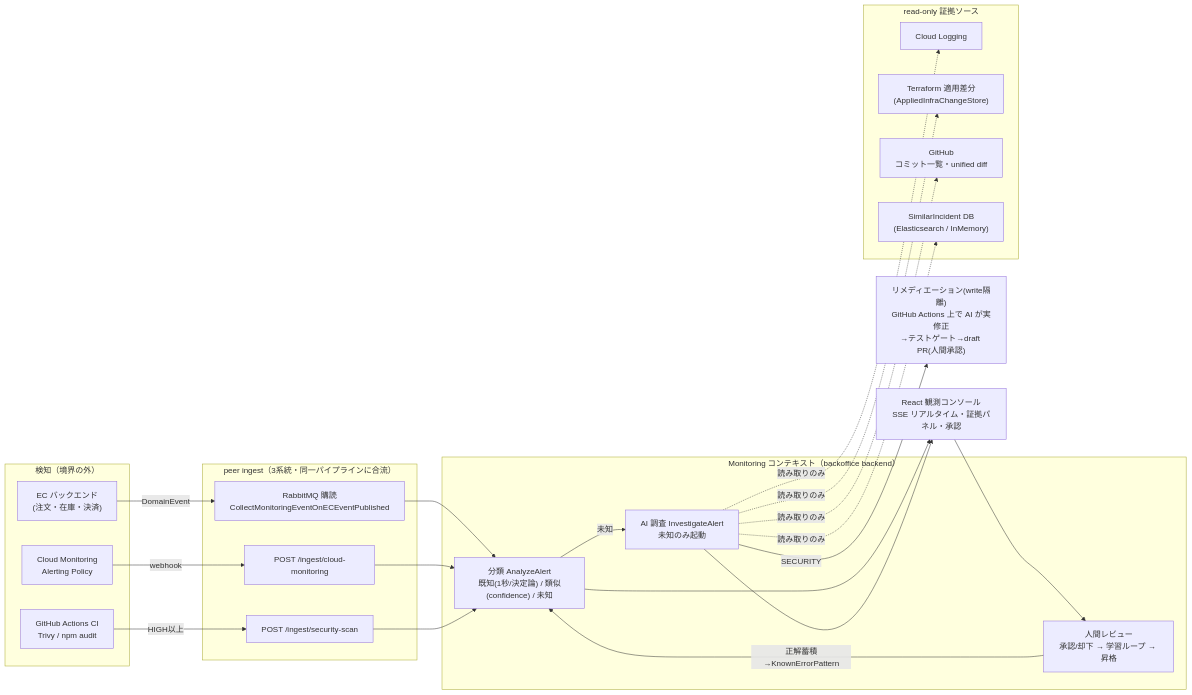
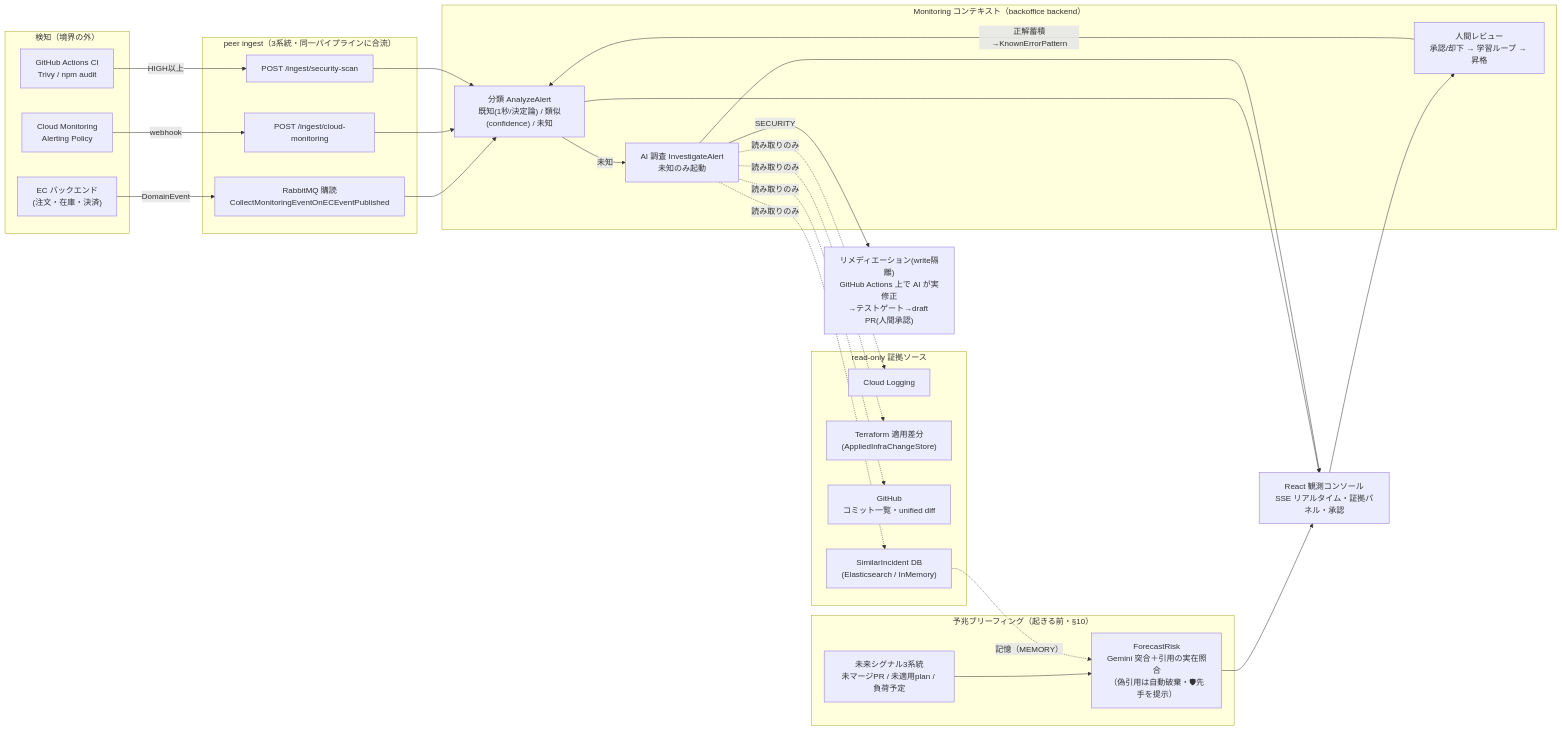
The first of 5 diagrams in docs/architecture.md (nagoyamanaka/ec-monitoring-agent), drawn with Mermaid before and after one commit. The commit also changed other lines of this file and 4 other files, not shown here.

````diff
--- a/docs/architecture.md
+++ b/docs/architecture.md
@@ -11,44 +11,51 @@
 ```mermaid
 flowchart LR
   subgraph detect["検知（境界の外）"]
     EC["EC バックエンド<br/>(注文・在庫・決済)"]
     CM["Cloud Monitoring<br/>Alerting Policy"]
     CI["GitHub Actions CI<br/>Trivy / npm audit"]
   end
 
   subgraph ingest["peer ingest（3系統・同一パイプラインに合流）"]
     SUB["RabbitMQ 購読<br/>CollectMonitoringEventOnECEventPublished"]
     ICM["POST /ingest/cloud-monitoring"]
     ISS["POST /ingest/security-scan"]
   end
 
   subgraph mon["Monitoring コンテキスト（backoffice backend）"]
     CLS["分類 AnalyzeAlert<br/>既知(1秒/決定論) / 類似(confidence) / 未知"]
     INV["AI 調査 InvestigateAlert<br/>未知のみ起動"]
     FB["人間レビュー<br/>承認/却下 → 学習ループ → 昇格"]
   end
 
   subgraph evidence["read-only 証拠ソース"]
     CL["Cloud Logging"]
     TF["Terraform 適用差分<br/>(AppliedInfraChangeStore)"]
     GH["GitHub<br/>コミット一覧・unified diff"]
     SI["SimilarIncident DB<br/>(Elasticsearch / InMemory)"]
   end
 
+  subgraph forecast["予兆ブリーフィング（起きる前・§10）"]
+    FSIG["未来シグナル3系統<br/>未マージPR / 未適用plan / 負荷予定"]
+    FC["ForecastRisk<br/>Gemini 突合＋引用の実在照合<br/>（偽引用は自動破棄・🛡先手を提示）"]
+  end
+
   UI["React 観測コンソール<br/>SSE リアルタイム・証拠パネル・承認"]
   REM["リメディエーション(write隔離)<br/>GitHub Actions 上で AI が実修正<br/>→テストゲート→draft PR(人間承認)"]
 
+  FSIG --> FC --> UI
+  SI -.記憶（MEMORY）.-> FC
   EC -->|DomainEvent| SUB
   CM -->|webhook| ICM
   CI -->|"HIGH以上"| ISS
   SUB --> CLS
   ICM --> CLS
   ISS --> CLS
   CLS -->|未知| INV
   INV -.読み取りのみ.-> CL & TF & GH & SI
   CLS --> UI
   INV --> UI
   UI --> FB
   FB -->|正解蓄積→KnownErrorPattern| CLS
   INV -->|SECURITY| REM
 ```
````
